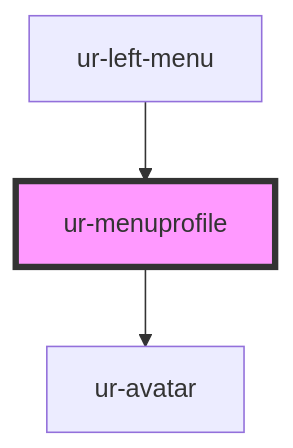
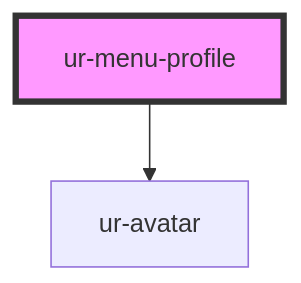
One commit to hellish/urnovl-web-components changed the diagram in src/components/ur-menu-profile/readme.md. Above: the diagram before and after it, drawn with Mermaid. The commit also changed other lines of this file and 90 other files, not shown here.

````diff
--- a/src/components/ur-menu-profile/readme.md
+++ b/src/components/ur-menu-profile/readme.md
@@ -28,6 +24,5 @@
 ```mermaid
 graph TD;
-  ur-menuprofile --> ur-avatar
-  ur-left-menu --> ur-menuprofile
-  style ur-menuprofile fill:#f9f,stroke:#333,stroke-width:4px
+  ur-menu-profile --> ur-avatar
+  style ur-menu-profile fill:#f9f,stroke:#333,stroke-width:4px
 ```
````
